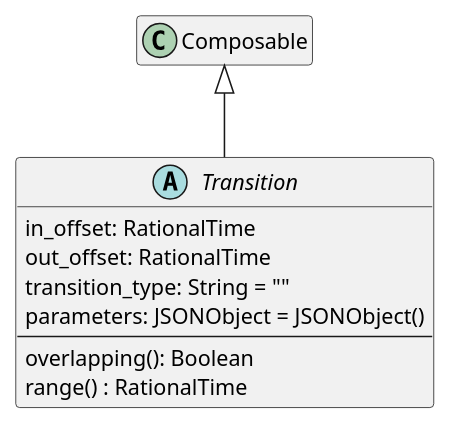
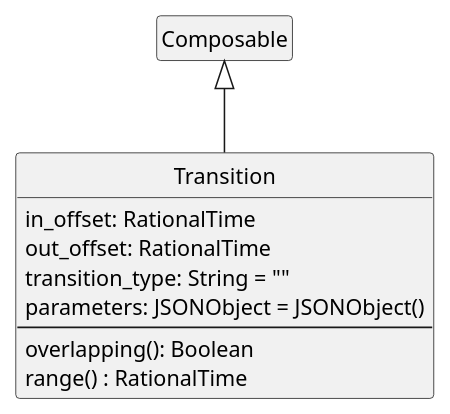
One commit to sandflow/otio-core-specification changed diagram 17 of 34 in src/main/md/otio-core.md. Above: the diagram before and after it, drawn with PlantUML. The commit also changed other lines of this file, not shown here.

Commit message:
Improve class diagrams and document conventions (#13)

````diff
--- a/src/main/md/otio-core.md
+++ b/src/main/md/otio-core.md
@@ -921,20 +990,21 @@
 ```puml
 @startuml
 hide empty members
+hide circle
 skinparam classAttributeIconSize 0
 skinparam linetype ortho
 
 Composable <|-- Transition
 
-abstract class Transition {
+class Transition {
   in_offset: RationalTime
   out_offset: RationalTime
   transition_type: String = ""
   parameters: JSONObject = JSONObject()
   --
   overlapping(): Boolean
   range() : RationalTime
 }
 
 @enduml
 ```
````
